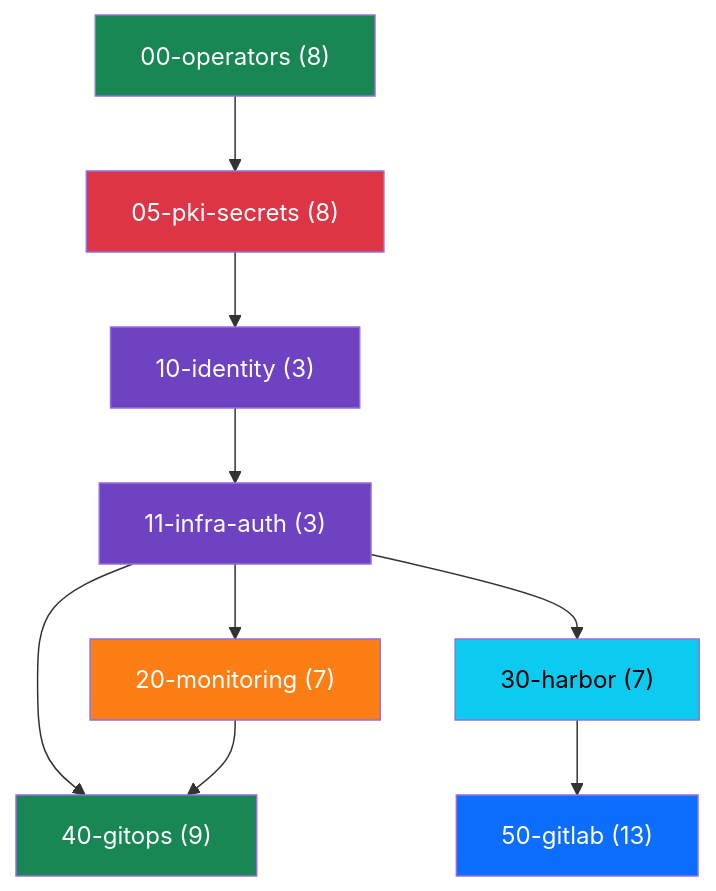
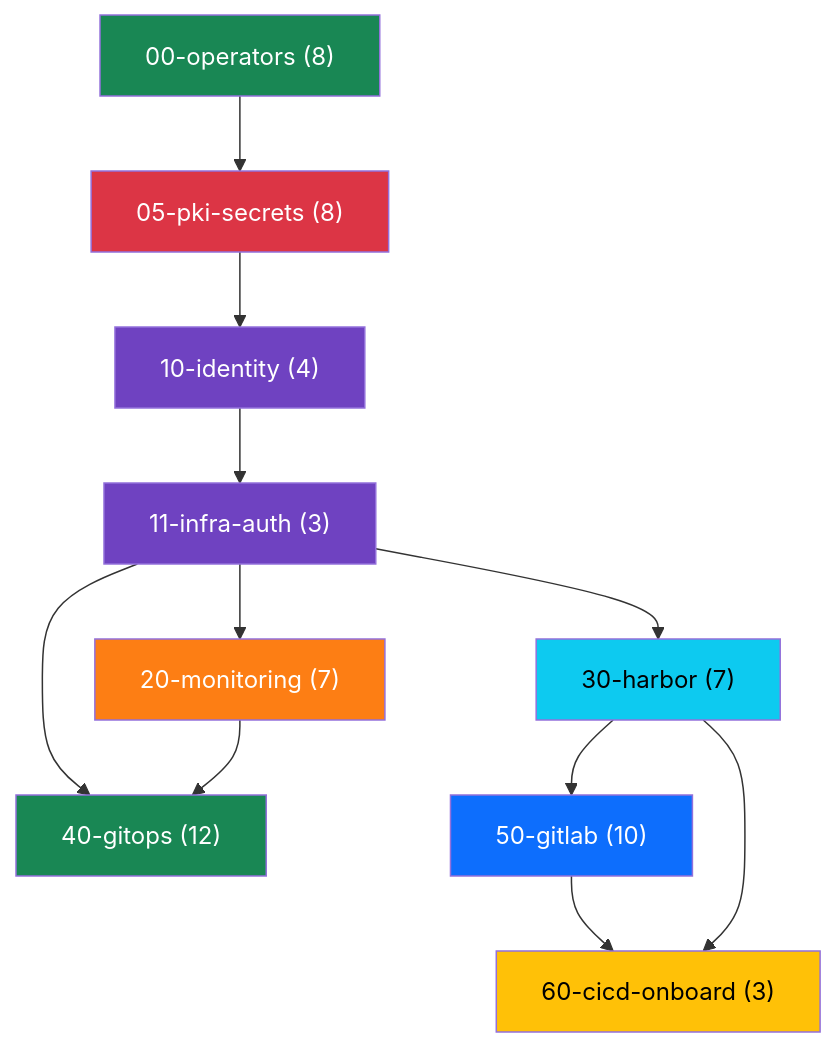
Before and after one commit to derhornspieler/harvester-rke2-svcs: the second of 2 diagrams in docs/architecture/overview.md, drawn with Mermaid. The commit also changed other lines of this file and 6 other files, not shown here.

````diff
--- a/docs/architecture/overview.md
+++ b/docs/architecture/overview.md
@@ -184,29 +184,33 @@
 ```mermaid
 graph TD
     A["00-operators (8)"]
     B["05-pki-secrets (8)"]
-    C["10-identity (3)"]
+    C["10-identity (4)"]
     D["11-infra-auth (3)"]
     E["20-monitoring (7)"]
     F["30-harbor (7)"]
-    G["40-gitops (9)"]
-    H["50-gitlab (13)"]
+    G["40-gitops (12)"]
+    H["50-gitlab (10)"]
+    I["60-cicd-onboard (3)"]
 
     A --> B
     B --> C
     C --> D
     D --> E
     D --> F
     D --> G
     F --> H
     E --> G
+    H --> I
+    F --> I
 
     style A fill:#198754,color:#fff
     style B fill:#dc3545,color:#fff
     style C fill:#6f42c1,color:#fff
     style D fill:#6f42c1,color:#fff
     style E fill:#fd7e14,color:#fff
     style F fill:#0dcaf0,color:#000
     style G fill:#198754,color:#fff
     style H fill:#0d6efd,color:#fff
+    style I fill:#ffc107,color:#000
 ```
````
